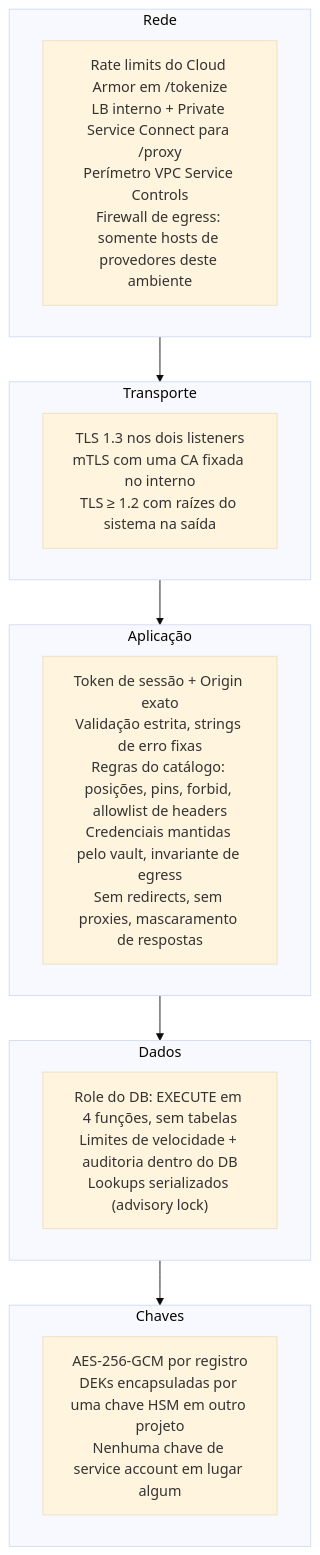
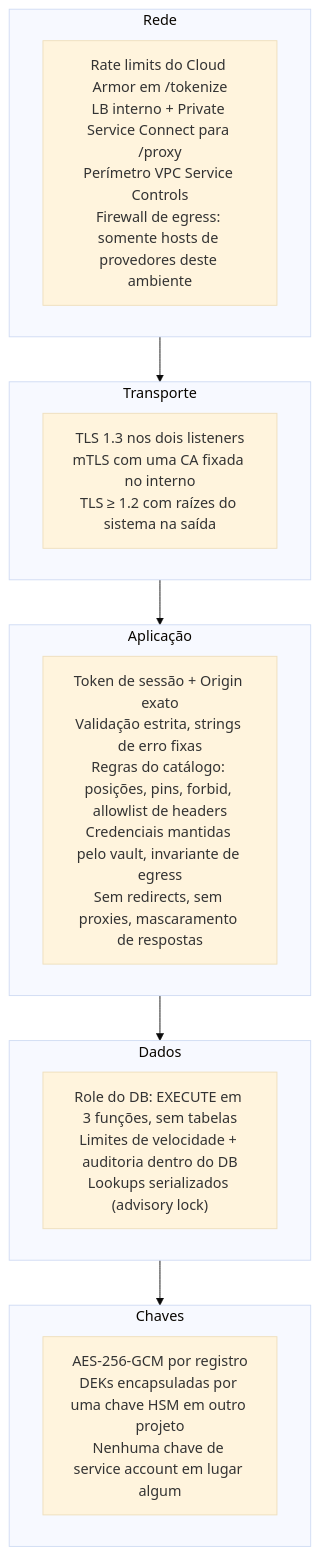
One commit to camcima/tokenizer changed the eighth of 11 diagrams in README.pt-BR.md. Above: the diagram before and after it, drawn with Mermaid (base theme). The commit also changed other lines of this file and 12 other files, not shown here.

````diff
--- a/README.pt-BR.md
+++ b/README.pt-BR.md
@@ -448,19 +451,19 @@
 ```mermaid
 flowchart TB
     subgraph L1["Rede"]
         N1["Rate limits do Cloud Armor em /tokenize<br/>LB interno + Private Service Connect para /proxy<br/>Perímetro VPC Service Controls<br/>Firewall de egress: somente hosts de provedores deste ambiente"]
     end
     subgraph L2["Transporte"]
         T1["TLS 1.3 nos dois listeners<br/>mTLS com uma CA fixada no interno<br/>TLS ≥ 1.2 com raízes do sistema na saída"]
     end
     subgraph L3["Aplicação"]
         A1["Token de sessão + Origin exato<br/>Validação estrita, strings de erro fixas<br/>Regras do catálogo: posições, pins, forbid, allowlist de headers<br/>Credenciais mantidas pelo vault, invariante de egress<br/>Sem redirects, sem proxies, mascaramento de respostas"]
     end
     subgraph L4["Dados"]
-        D1["Role do DB: EXECUTE em 4 funções, sem tabelas<br/>Limites de velocidade + auditoria dentro do DB<br/>Lookups serializados (advisory lock)"]
+        D1["Role do DB: EXECUTE em 3 funções, sem tabelas<br/>Limites de velocidade + auditoria dentro do DB<br/>Lookups serializados (advisory lock)"]
     end
     subgraph L5["Chaves"]
         K1["AES-256-GCM por registro<br/>DEKs encapsuladas por uma chave HSM em outro projeto<br/>Nenhuma chave de service account em lugar algum"]
     end
     L1 --> L2 --> L3 --> L4 --> L5
 ```
````
